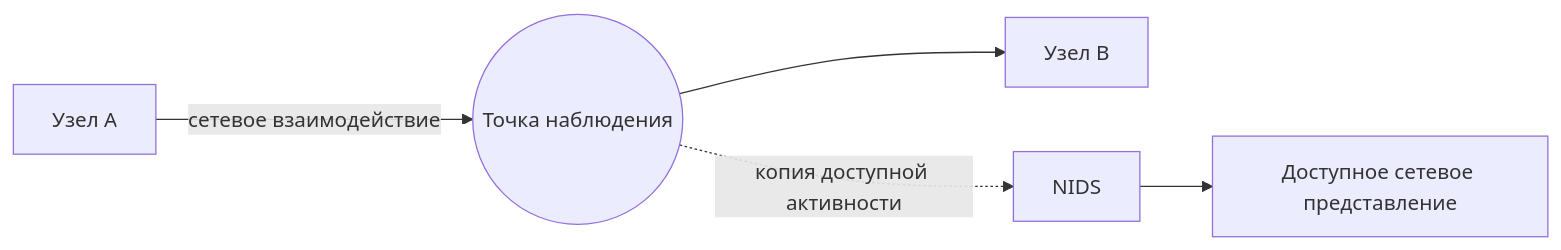
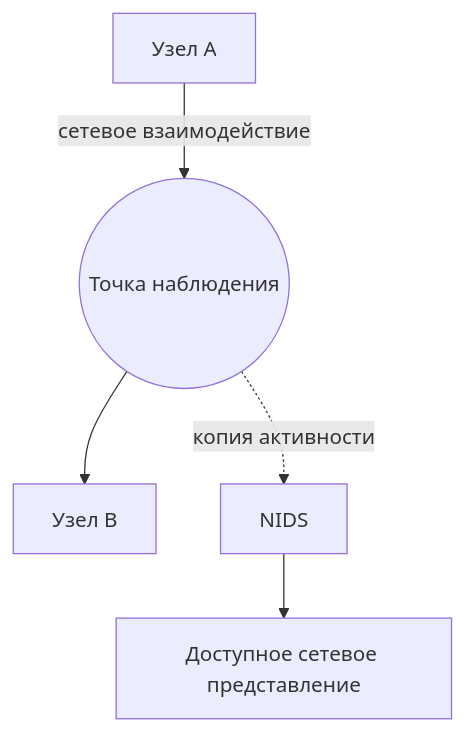
The first of 3 diagrams in docs/course/02-classification.md (11ndra/spvo), drawn with Mermaid before and after one commit. The commit also changed other lines of this file and 11 other files, not shown here.

````diff
--- a/docs/course/02-classification.md
+++ b/docs/course/02-classification.md
@@ -202,6 +202,10 @@
 ```mermaid
-flowchart LR
+flowchart TB
     A["Узел A"] -->|сетевое взаимодействие| P(("Точка наблюдения")) --> B["Узел B"]
-    P -.->|копия доступной активности| N["NIDS"]
+    P -.->|копия активности| N["NIDS"]
     N --> X["Доступное сетевое представление"]
+    class A,B mm-endpoint
+    class P mm-observation
+    class N mm-sensor
+    class X mm-analysis
 ```
````
